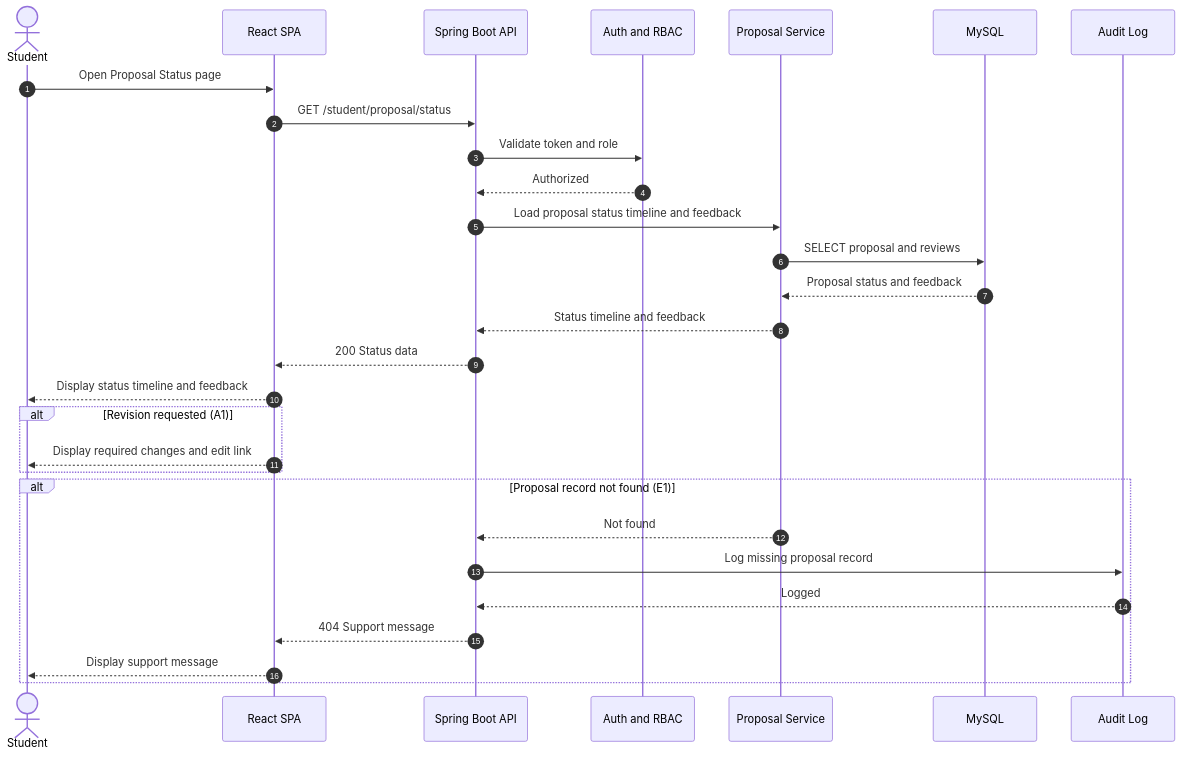
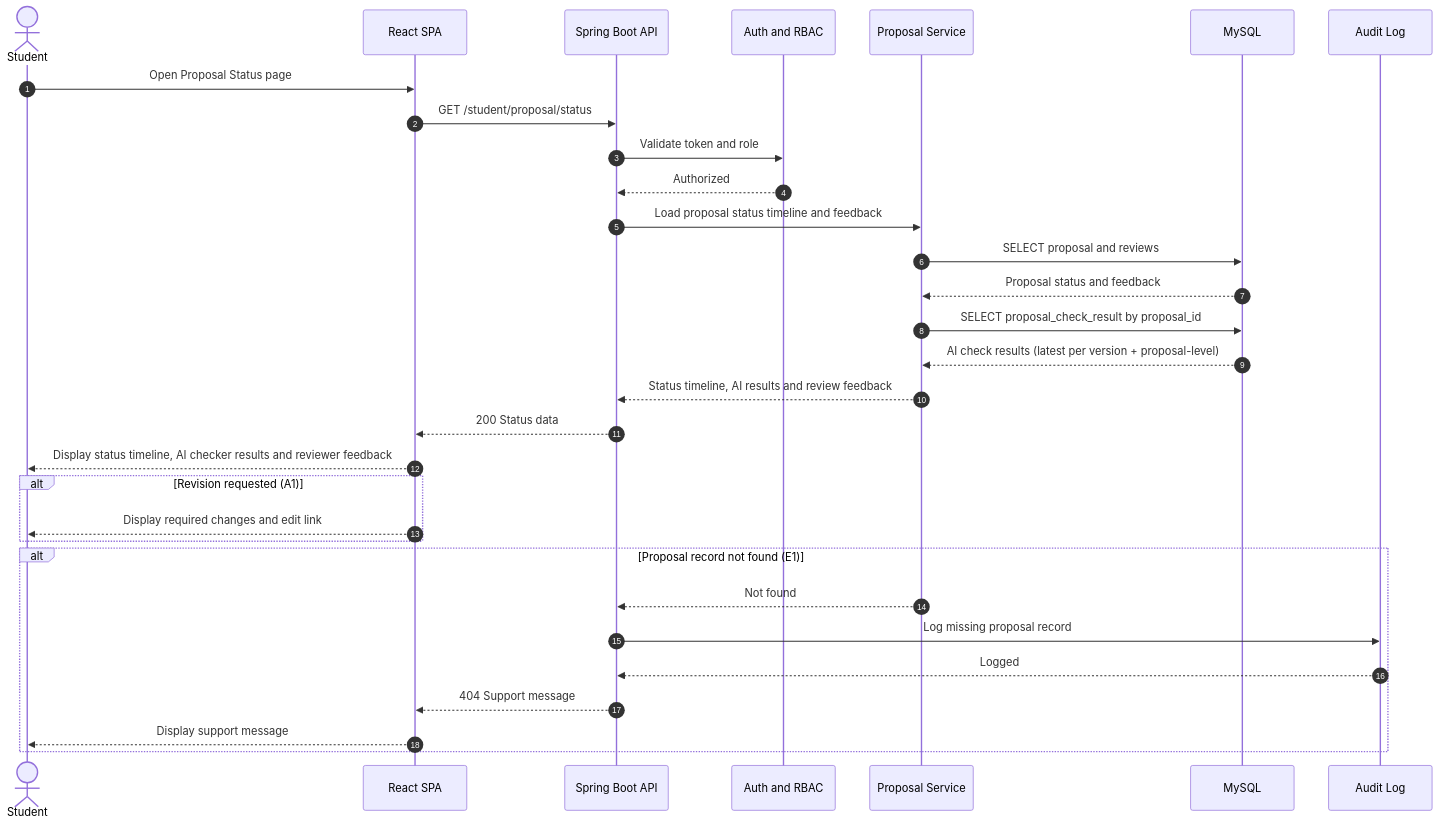
One commit to taizhixuan/fyp-supervision-system changed the eighth of 33 diagrams in Project-info/Sequence Diagram.md. Above: the diagram before and after it, drawn with Mermaid. The commit also changed other lines of this file and 4 other files, not shown here.

Commit message:
restructure C3, ERD, data dictionary and sequence diagram docs

````diff
--- a/Project-info/Sequence Diagram.md
+++ b/Project-info/Sequence Diagram.md
@@ -552,35 +584,38 @@
 ```mermaid
 sequenceDiagram
   autonumber
   actor STU as Student
   participant FE as React SPA
   participant BE as Spring Boot API
   participant AUTH as Auth and RBAC
   participant PROP as Proposal Service
   participant DB as MySQL
   participant AUD as Audit Log
 
   STU->>FE: Open Proposal Status page
   FE->>BE: GET /student/proposal/status
   BE->>AUTH: Validate token and role
   AUTH-->>BE: Authorized
 
   BE->>PROP: Load proposal status timeline and feedback
   PROP->>DB: SELECT proposal and reviews
   DB-->>PROP: Proposal status and feedback
-  PROP-->>BE: Status timeline and feedback
+  %% NEW (FYP2): also load AI check results to show in the timeline
+  PROP->>DB: SELECT proposal_check_result by proposal_id
+  DB-->>PROP: AI check results (latest per version + proposal-level)
+  PROP-->>BE: Status timeline, AI results and review feedback
   BE-->>FE: 200 Status data
-  FE-->>STU: Display status timeline and feedback
+  FE-->>STU: Display status timeline, AI checker results and reviewer feedback
 
   alt Revision requested (A1)
     FE-->>STU: Display required changes and edit link
   end
 
   alt Proposal record not found (E1)
     PROP-->>BE: Not found
     BE->>AUD: Log missing proposal record
     AUD-->>BE: Logged
     BE-->>FE: 404 Support message
     FE-->>STU: Display support message
   end
 ```
````
